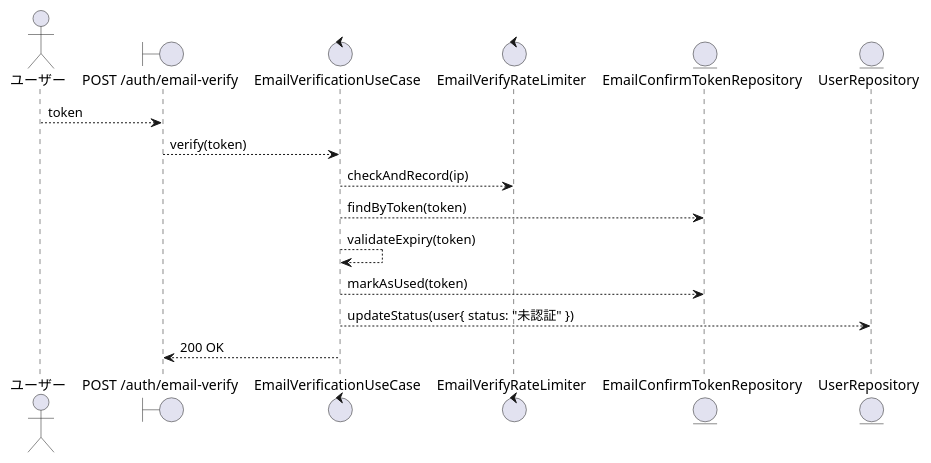
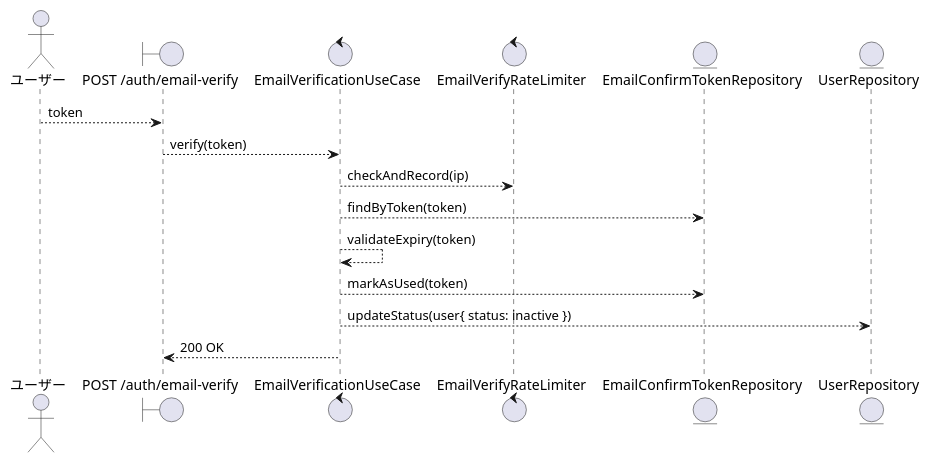
The first of 2 diagrams in .docs/design/buc/BUC-U02.md (suunet/POC_HYDRA_AUTH), drawn with PlantUML before and after one commit. The commit also changed other lines of this file and 2 other files, not shown here.

Commit message:
docs(T-011): cycle 2 - BUC群のstatus値をSTM-01英語IDへ是正（6行）

````diff
--- a/.docs/design/buc/BUC-U02.md
+++ b/.docs/design/buc/BUC-U02.md
@@ -64,27 +64,27 @@
 ```plantuml
 @startuml
 skinparam componentStyle rectangle
 skinparam backgroundColor White
 
 actor "ユーザー" as ユーザー
 
 boundary "POST /auth/email-verify" as 確認API
 control "EmailVerificationUseCase" as ユースケース
 control "EmailVerifyRateLimiter" as レート制限
 entity "EmailConfirmTokenRepository" as 確認トークンRepo
 entity "UserRepository" as ユーザーRepo
 
 ユーザー --> 確認API : token
 
 確認API --> ユースケース : verify(token)
 
 ユースケース --> レート制限 : checkAndRecord(ip)
 ユースケース --> 確認トークンRepo : findByToken(token)
 ユースケース --> ユースケース : validateExpiry(token)
 ユースケース --> 確認トークンRepo : markAsUsed(token)
-ユースケース --> ユーザーRepo : updateStatus(user{ status: "未認証" })
+ユースケース --> ユーザーRepo : updateStatus(user{ status: inactive })
 
 確認API <-- ユースケース : 200 OK
 
 @enduml
 ```
````
